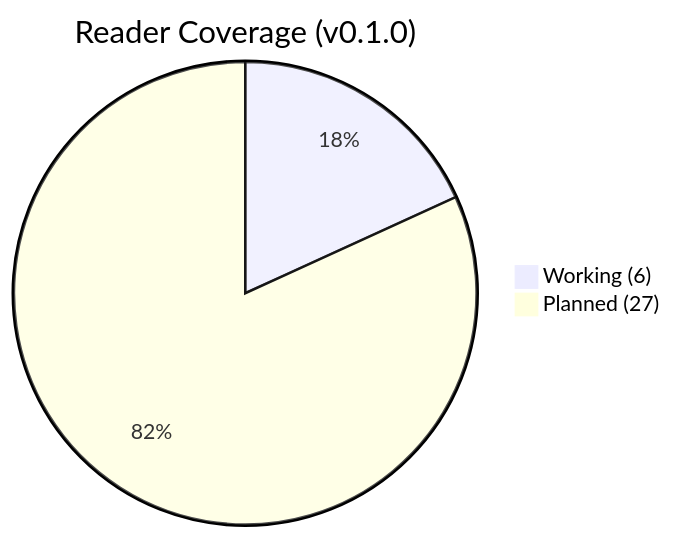
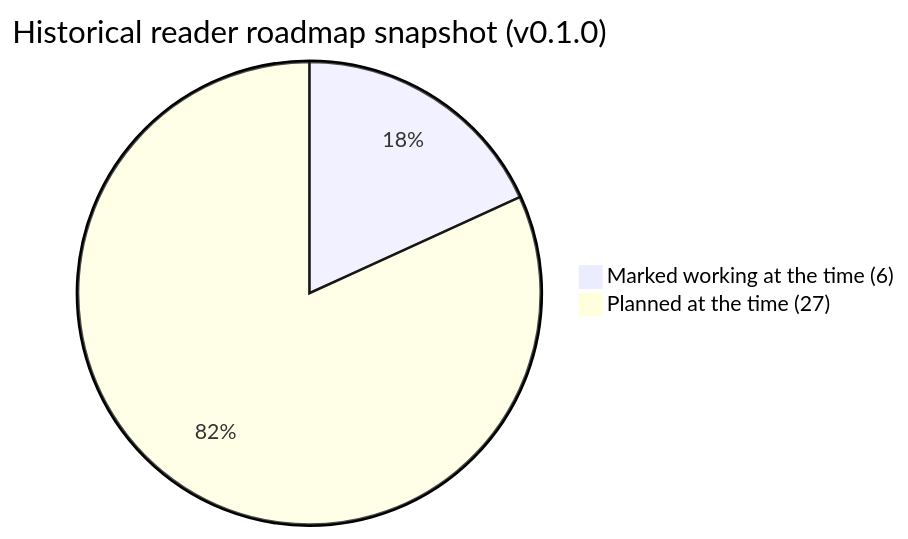
Before and after one commit to andiekobbietks/AgentSON: the first of 2 diagrams in README.md, drawn with Mermaid. The commit also changed other lines of this file, not shown here.

Commit message:
docs(readme): qualify reader roadmap and portability claims

````diff
--- a/README.md
+++ b/README.md
@@ -99,5 +101,5 @@
 ```mermaid
-pie title Reader Coverage (v0.1.0)
-    "Working (6)" : 6
-    "Planned (27)" : 27
+pie title Historical reader roadmap snapshot (v0.1.0)
+    "Marked working at the time (6)" : 6
+    "Planned at the time (27)" : 27
 ```
````
